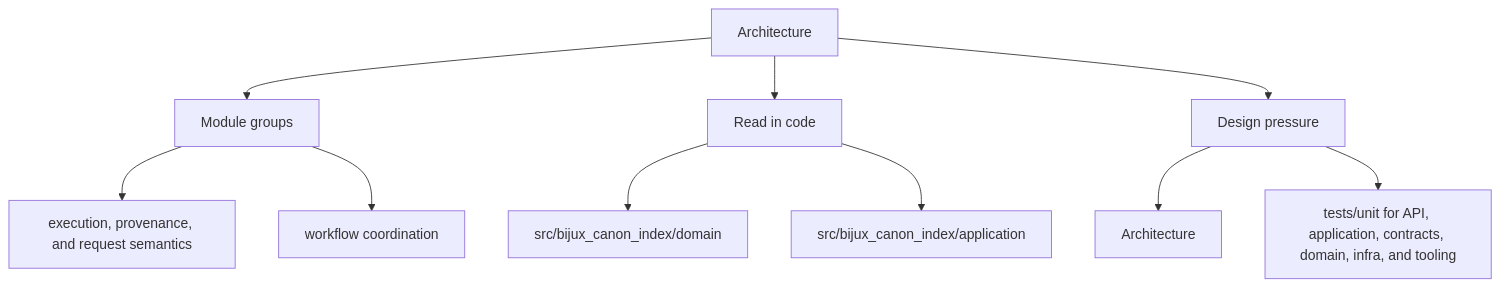
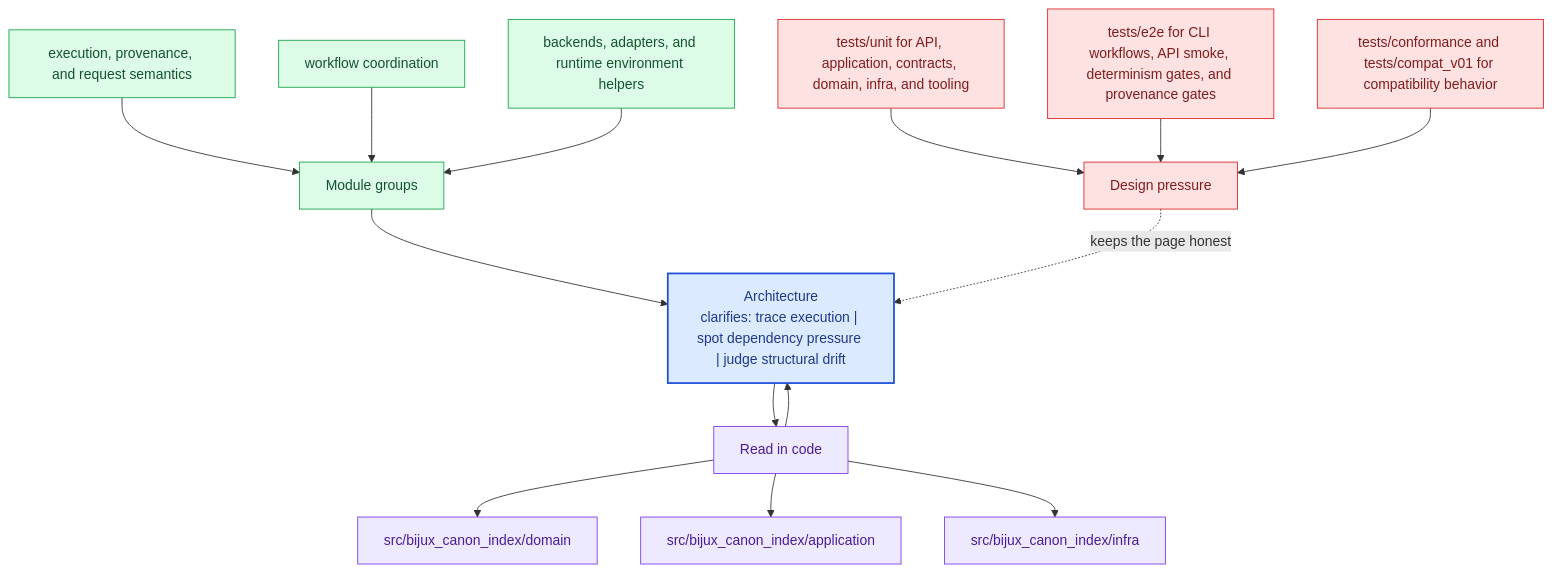
Before and after one commit to bijux/bijux-canon: the second of 2 diagrams in docs/bijux-canon-index/architecture/index.md, drawn with Mermaid. The commit also changed other lines of this file and 281 other files, not shown here.

Commit message:
docs(diagrams): deepen handbook mermaid maps across the catalog

````diff
--- a/docs/bijux-canon-index/architecture/index.md
+++ b/docs/bijux-canon-index/architecture/index.md
@@ -32,22 +65,40 @@
 ```mermaid
-flowchart TD
-    page["Architecture"]
+flowchart TB
+    promise["Architecture<br/>clarifies: trace execution | spot dependency pressure | judge structural drift"]
+    classDef promise fill:#dbeafe,stroke:#1d4ed8,color:#1e3a8a,stroke-width:2px;
+    classDef driver fill:#dcfce7,stroke:#16a34a,color:#14532d;
+    classDef constraint fill:#fee2e2,stroke:#dc2626,color:#7f1d1d;
+    classDef ground fill:#ede9fe,stroke:#7c3aed,color:#4c1d95;
     focus1["Module groups"]
-    page --> focus1
+    focus1 --> promise
     focus1_1["execution, provenance, and request semantics"]
-    focus1 --> focus1_1
+    focus1_1 --> focus1
     focus1_2["workflow coordination"]
-    focus1 --> focus1_2
+    focus1_2 --> focus1
+    focus1_3["backends, adapters, and runtime environment helpers"]
+    focus1_3 --> focus1
+    class focus1 driver;
+    class focus1_1,focus1_2,focus1_3 driver;
     focus2["Read in code"]
-    page --> focus2
+    focus2 --> promise
+    promise --> focus2
     focus2_1["src/bijux_canon_index/domain"]
     focus2 --> focus2_1
     focus2_2["src/bijux_canon_index/application"]
     focus2 --> focus2_2
+    focus2_3["src/bijux_canon_index/infra"]
+    focus2 --> focus2_3
+    class focus2 ground;
+    class focus2_1,focus2_2,focus2_3 ground;
     focus3["Design pressure"]
-    page --> focus3
-    focus3_1["Architecture"]
-    focus3 --> focus3_1
-    focus3_2["tests/unit for API, application, contracts, domain, infra, and tooling"]
-    focus3 --> focus3_2
+    focus3 -.keeps the page honest.-> promise
+    focus3_1["tests/unit for API, application, contracts, domain, infra, and tooling"]
+    focus3_1 --> focus3
+    focus3_2["tests/e2e for CLI workflows, API smoke, determinism gates, and provenance gates"]
+    focus3_2 --> focus3
+    focus3_3["tests/conformance and tests/compat_v01 for compatibility behavior"]
+    focus3_3 --> focus3
+    class focus3 constraint;
+    class focus3_1,focus3_2,focus3_3 constraint;
+    class promise promise;
 ```
````
